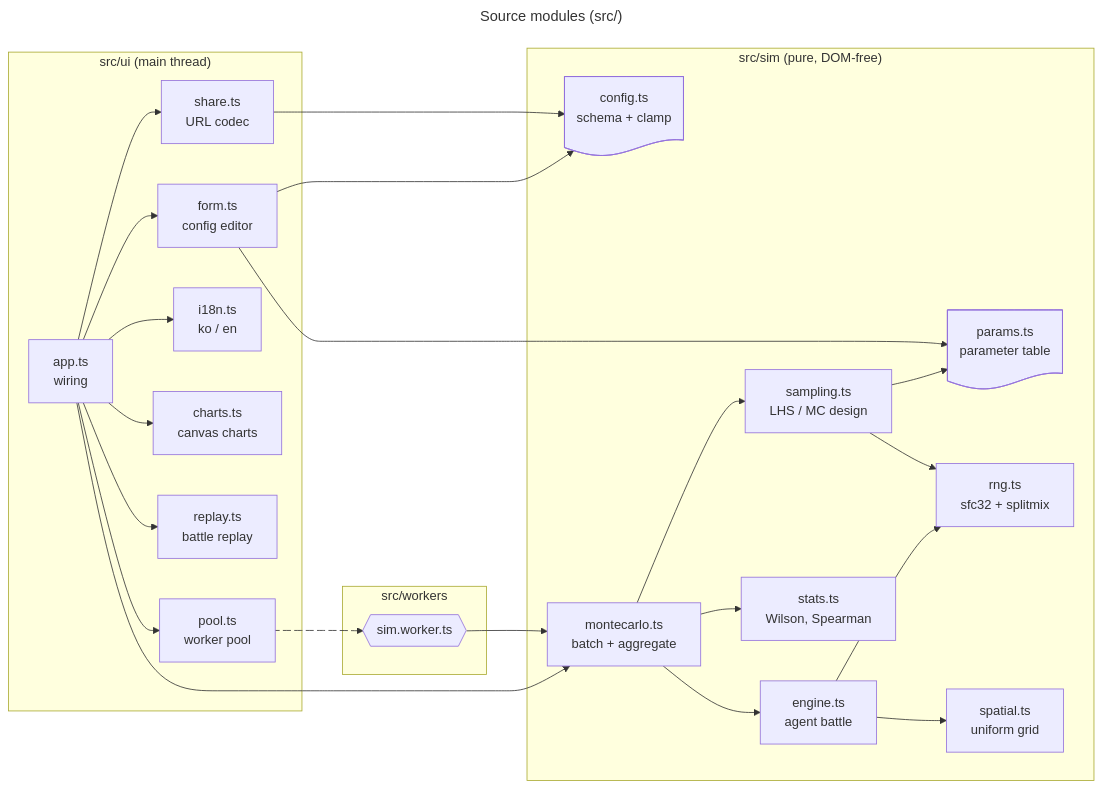
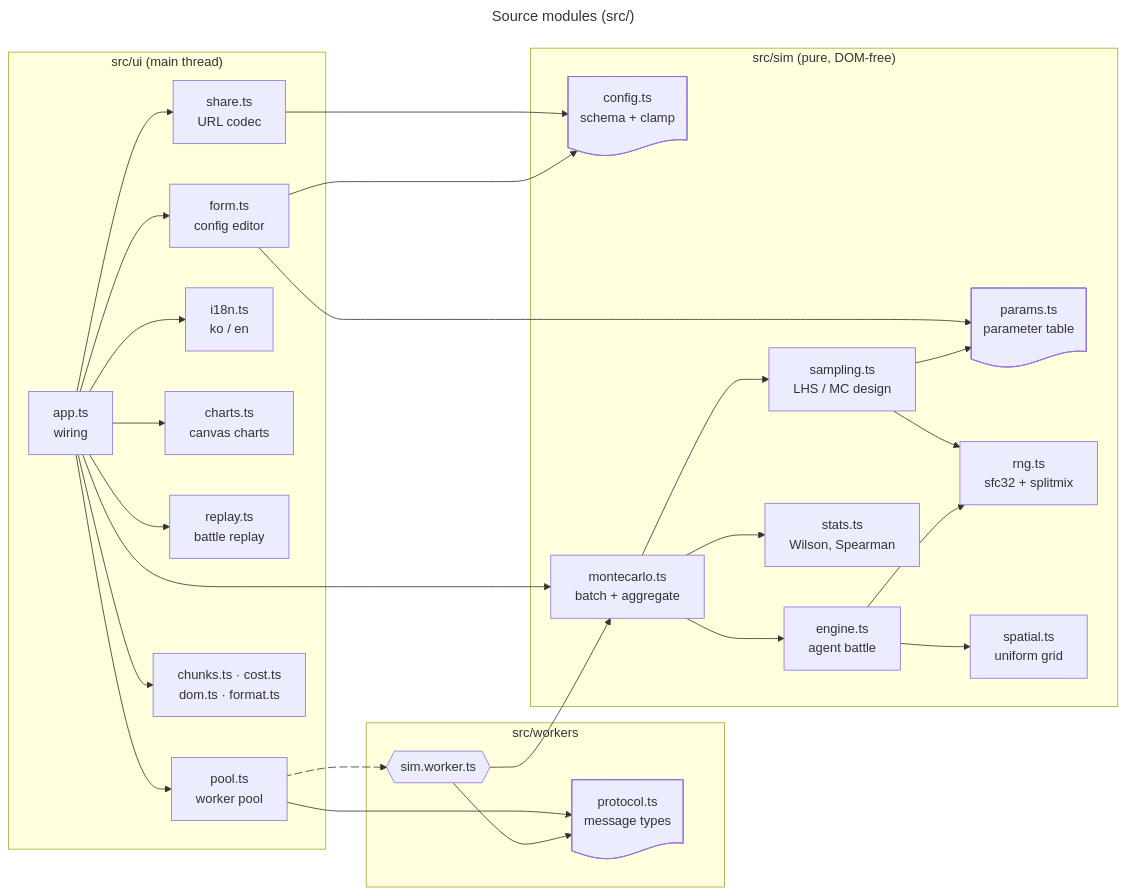
Before and after one commit to VinylStage/trex_vs_tiger_sim: the second of 6 diagrams in ARCHITECTURE.md, drawn with Mermaid. The commit also changed 22 other files, not shown here.

````diff
--- a/ARCHITECTURE.md
+++ b/ARCHITECTURE.md
@@ -42,41 +42,45 @@
 ```mermaid
 ---
 title: Source modules (src/)
 config:
   flowchart:
     curve: basis
 ---
 flowchart LR
     subgraph UI["src/ui (main thread)"]
         app@{ shape: rect, label: "app.ts<br/>wiring" }
         form@{ shape: rect, label: "form.ts<br/>config editor" }
         share@{ shape: rect, label: "share.ts<br/>URL codec" }
         i18n@{ shape: rect, label: "i18n.ts<br/>ko / en" }
         charts@{ shape: rect, label: "charts.ts<br/>canvas charts" }
         replay@{ shape: rect, label: "replay.ts<br/>battle replay" }
         pool@{ shape: rect, label: "pool.ts<br/>worker pool" }
+        helpers@{ shape: rect, label: "chunks.ts · cost.ts<br/>dom.ts · format.ts" }
     end
     subgraph W["src/workers"]
         worker@{ shape: hex, label: "sim.worker.ts" }
+        protocol@{ shape: doc, label: "protocol.ts<br/>message types" }
     end
     subgraph SIM["src/sim (pure, DOM-free)"]
         config@{ shape: doc, label: "config.ts<br/>schema + clamp" }
         params@{ shape: doc, label: "params.ts<br/>parameter table" }
         rng@{ shape: rect, label: "rng.ts<br/>sfc32 + splitmix" }
         sampling@{ shape: rect, label: "sampling.ts<br/>LHS / MC design" }
         engine@{ shape: rect, label: "engine.ts<br/>agent battle" }
         spatial@{ shape: rect, label: "spatial.ts<br/>uniform grid" }
         mc@{ shape: rect, label: "montecarlo.ts<br/>batch + aggregate" }
         stats@{ shape: rect, label: "stats.ts<br/>Wilson, Spearman" }
     end
     app --> form & charts & replay & pool & share & i18n
     share --> config
     form --> config & params
     pool e1@--> worker
+    app --> helpers
+    pool & worker --> protocol
     worker --> mc
     app --> mc
     mc --> sampling & engine & stats
     sampling --> rng & params
     engine --> spatial & rng
     e1@{ animate: true }
 ```
````
